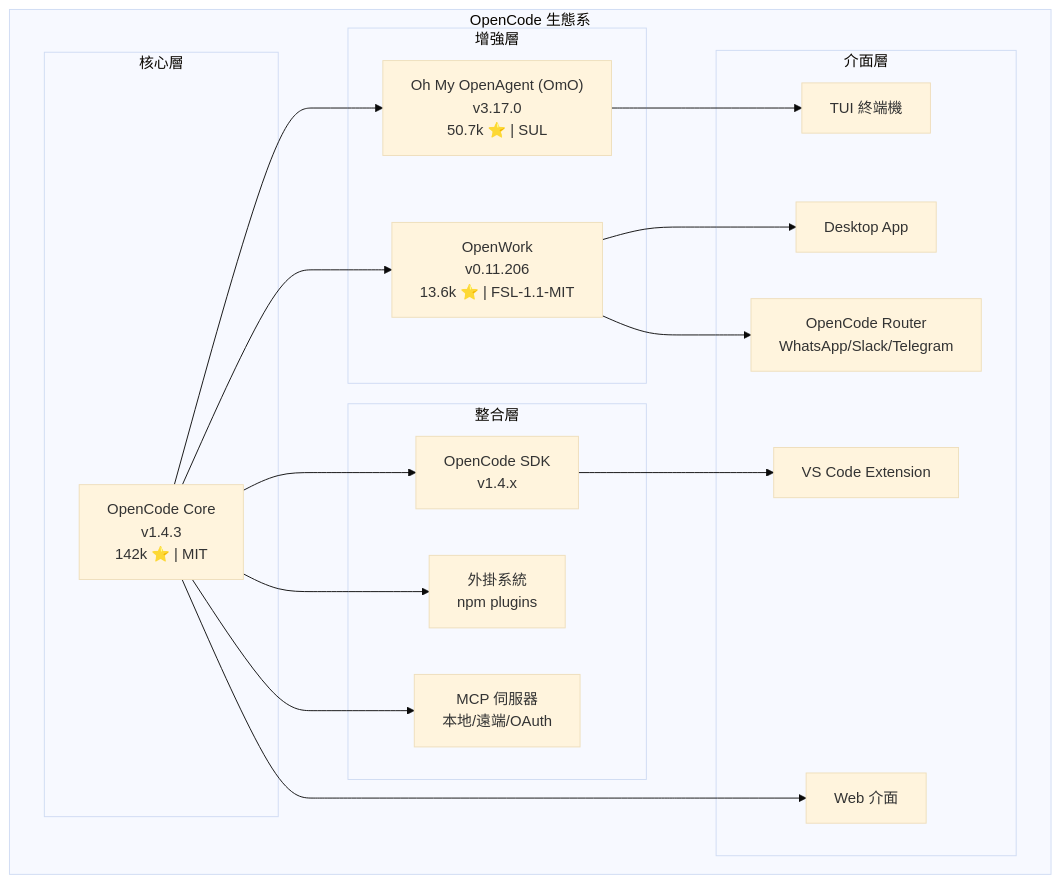
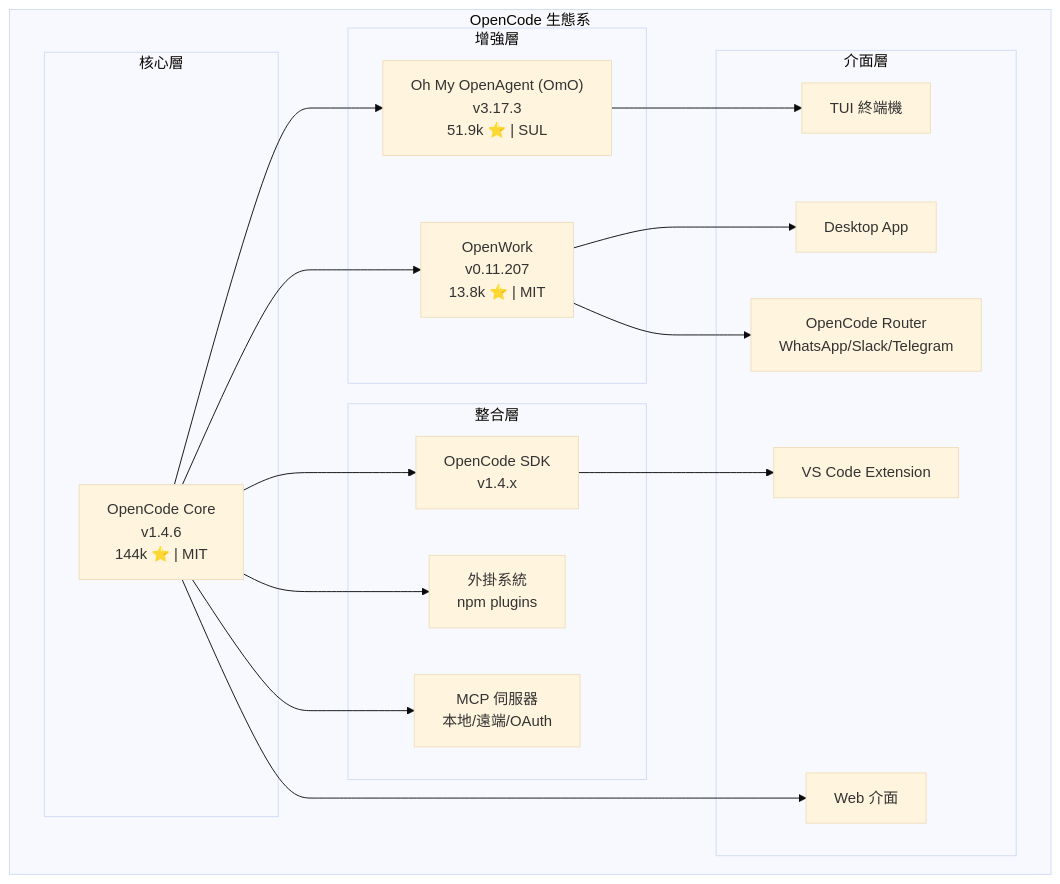
One commit to chihhung/Blog changed the first of 50 diagrams in content/posts/教學/AI開發/opencode生態系教學手冊.md. Above: the diagram before and after it, drawn with Mermaid (base theme). The commit also changed other lines of this file and 2 other files, not shown here.

````diff
--- a/content/posts/教學/AI開發/opencode生態系教學手冊.md
+++ b/content/posts/教學/AI開發/opencode生態系教學手冊.md
@@ -275,39 +276,39 @@
 ```mermaid
 graph TB
     subgraph "OpenCode 生態系"
         subgraph "核心層"
-            OC["OpenCode Core<br/>v1.4.3<br/>142k ⭐ | MIT"]
+            OC["OpenCode Core<br/>v1.4.6<br/>144k ⭐ | MIT"]
         end
 
         subgraph "增強層"
-            OmO["Oh My OpenAgent (OmO)<br/>v3.17.0<br/>50.7k ⭐ | SUL"]
-            OW["OpenWork<br/>v0.11.206<br/>13.6k ⭐ | FSL-1.1-MIT"]
+            OmO["Oh My OpenAgent (OmO)<br/>v3.17.3<br/>51.9k ⭐ | SUL"]
+            OW["OpenWork<br/>v0.11.207<br/>13.8k ⭐ | MIT"]
         end
 
         subgraph "整合層"
             SDK["OpenCode SDK<br/>v1.4.x"]
             Plugin["外掛系統<br/>npm plugins"]
             MCP["MCP 伺服器<br/>本地/遠端/OAuth"]
         end
 
         subgraph "介面層"
             TUI["TUI 終端機"]
             Desktop["Desktop App"]
             IDE["VS Code Extension"]
             Web["Web 介面"]
             Router["OpenCode Router<br/>WhatsApp/Slack/Telegram"]
         end
     end
 
     OC --> OmO
     OC --> OW
     OC --> SDK
     OC --> Plugin
     OC --> MCP
 
     OmO --> TUI
     OW --> Desktop
     SDK --> IDE
     OC --> Web
     OW --> Router
 ```
````
